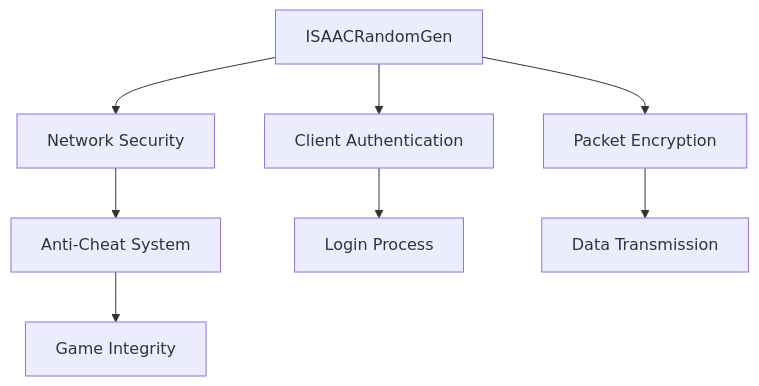
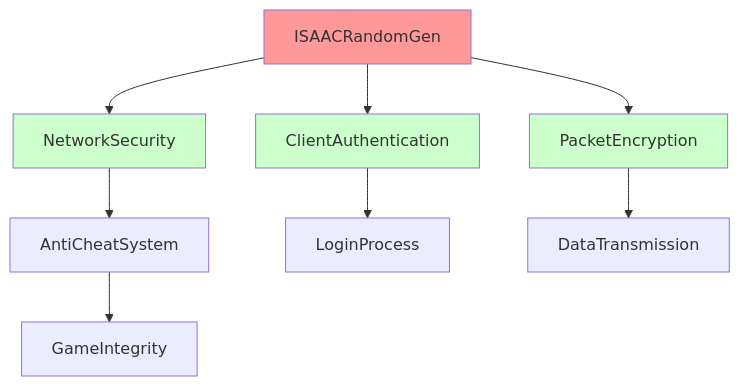
Before and after one commit to daxxog/solmud: the second of 2 diagrams in bytecode/mapping/evidence/verified/ISAACRandomGen_JOCFVBOI.md, drawn with Mermaid. The commit also changed other lines of this file and 69 other files, not shown here.

````diff
--- a/bytecode/mapping/evidence/verified/ISAACRandomGen_JOCFVBOI.md
+++ b/bytecode/mapping/evidence/verified/ISAACRandomGen_JOCFVBOI.md
@@ -213,10 +265,15 @@
 ```mermaid
 graph TD
-    A[ISAACRandomGen] --> B[Network Security]
-    A --> C[Client Authentication]
-    A --> D[Packet Encryption]
-    B --> E[Anti-Cheat System]
-    C --> F[Login Process]
-    D --> G[Data Transmission]
-    E --> H[Game Integrity]
+    A[ISAACRandomGen] --> B[NetworkSecurity]
+    A --> C[ClientAuthentication]
+    A --> D[PacketEncryption]
+    B --> E[AntiCheatSystem]
+    C --> F[LoginProcess]
+    D --> G[DataTransmission]
+    E --> H[GameIntegrity]
+    
+    style A fill:#ff9999
+    style B fill:#ccffcc
+    style C fill:#ccffcc
+    style D fill:#ccffcc
 ```
````
